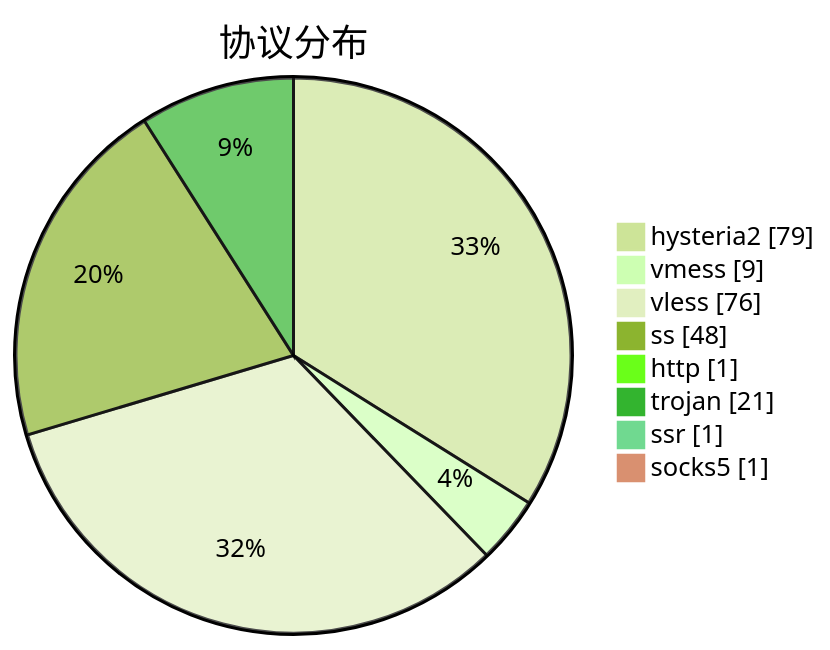
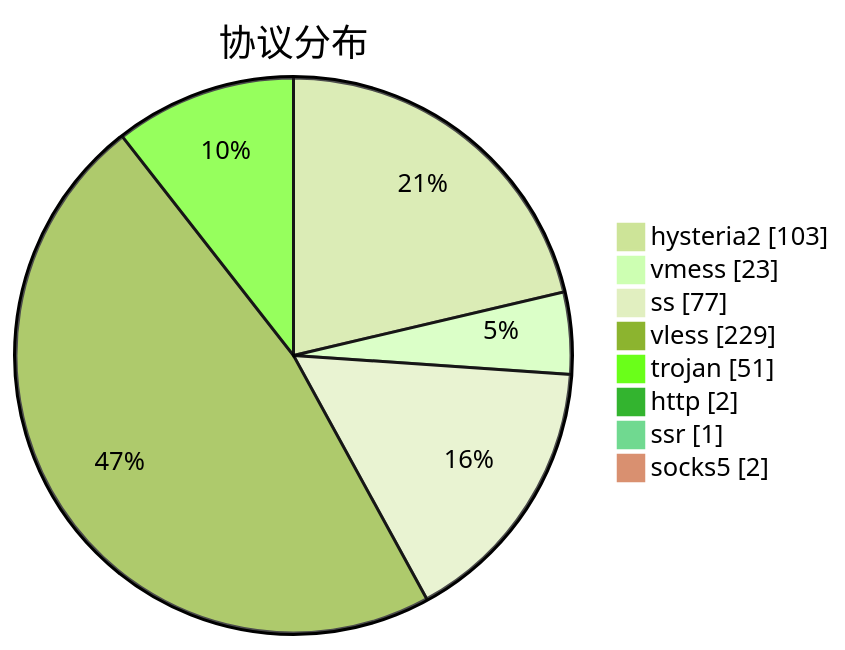
One commit to sinspired/airport changed the third of 3 diagrams in subs/statistics/tested_within.md. Above: the diagram before and after it, drawn with Mermaid (forest theme). The commit also changed other lines of this file and 2 other files, not shown here.

````diff
--- a/subs/statistics/tested_within.md
+++ b/subs/statistics/tested_within.md
@@ -45,12 +48,12 @@
 ```mermaid
 pie showData
 title 协议分布
-"hysteria2" : 79
-"vmess" : 9
-"vless" : 76
-"ss" : 48
-"http" : 1
-"trojan" : 21
+"hysteria2" : 103
+"vmess" : 23
+"ss" : 77
+"vless" : 229
+"trojan" : 51
+"http" : 2
 "ssr" : 1
-"socks5" : 1
+"socks5" : 2
 ```
````
